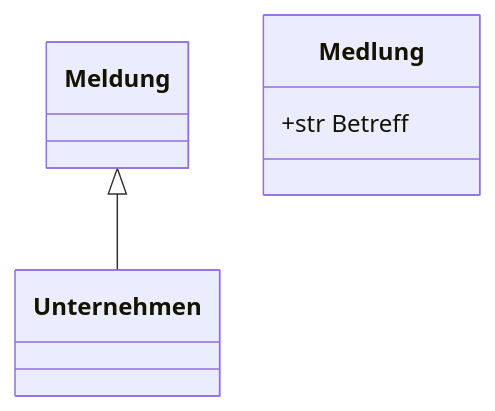
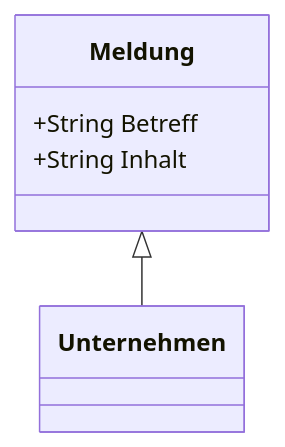
Before and after one commit to takuruu/blowthewhistle: the diagram in README.md, drawn with Mermaid.

````diff
--- a/README.md
+++ b/README.md
@@ -3,5 +3,6 @@
 ```mermaid
   classDiagram
     Meldung <|-- Unternehmen
-    Medlung:+str Betreff
+    Meldung: +String Betreff
+    Meldung: +String Inhalt
 ```
````
